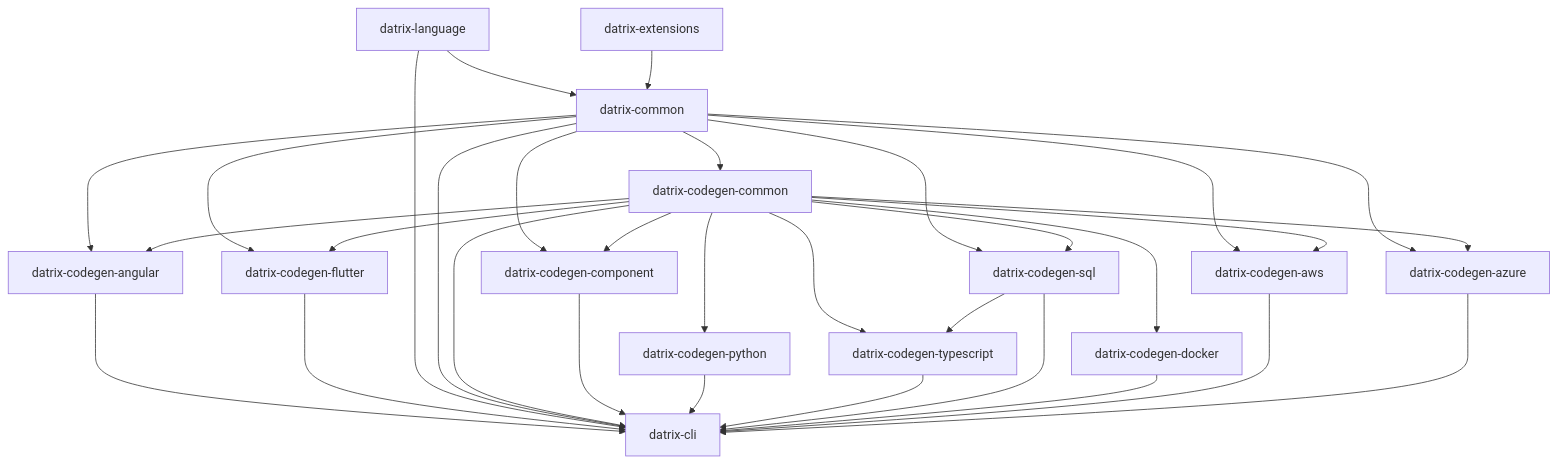
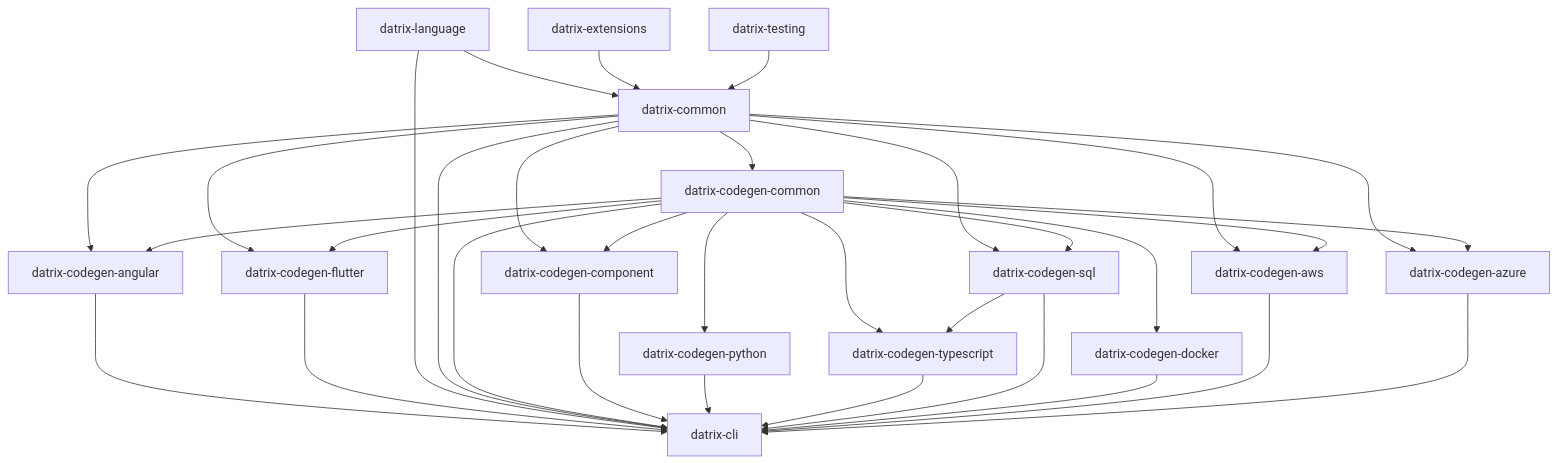
The diagram in docs/architecture/architecture-overview.md (keturk/datrix), drawn with Mermaid before and after one commit. The commit also changed other lines of this file and 2 other files, not shown here.

First line of the commit message:
Update architecture docs for datrix-testing and health check module

````diff
--- a/docs/architecture/architecture-overview.md
+++ b/docs/architecture/architecture-overview.md
@@ -68,35 +68,36 @@
 ```mermaid
 graph TD
  A[datrix-common]
  B[datrix-language] --> A
  L[datrix-extensions] --> A
+ T[datrix-testing] --> A
  A --> CC[datrix-codegen-component]
  A --> CGC[datrix-codegen-common]
  CGC --> CC
  CGC --> D[datrix-codegen-python]
  CGC --> E[datrix-codegen-typescript]
  A --> F[datrix-codegen-sql]
  CGC --> F
  F --> E
  CGC --> G[datrix-codegen-docker]
  A --> ANG[datrix-codegen-angular]
  CGC --> ANG
  ANG --> K
  A --> FL[datrix-codegen-flutter]
  CGC --> FL
  FL --> K
  A --> I[datrix-codegen-aws]
  CGC --> I
  A --> J[datrix-codegen-azure]
  CGC --> J
  B --> K[datrix-cli]
  A --> K
  CGC --> K
  CC --> K
  D --> K
  E --> K
  F --> K
  G --> K
  I --> K
  J --> K
 ```
````
